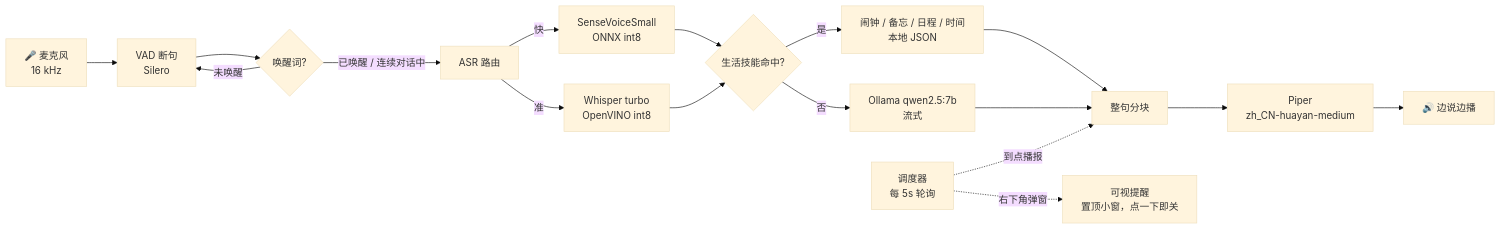
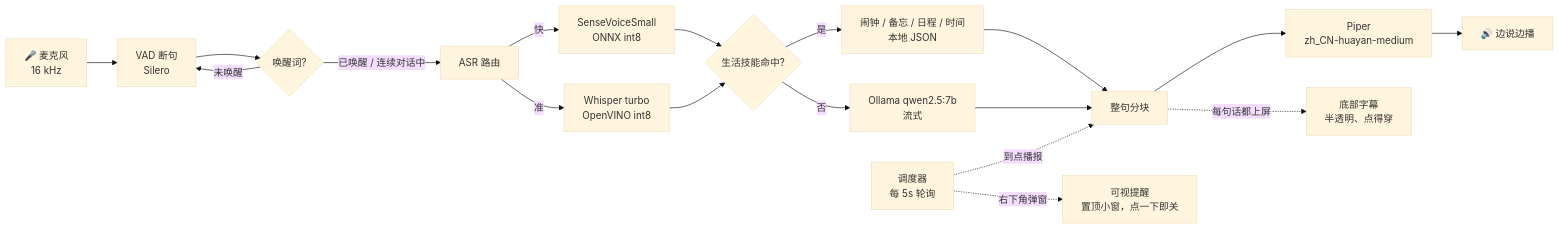
One commit to Azurwolf1024/local_assistant changed the diagram in README.md. Above: the diagram before and after it, drawn with Mermaid (base theme). The commit also changed other lines of this file and 9 other files, not shown here.

````diff
--- a/README.md
+++ b/README.md
@@ -14,20 +14,22 @@
 ```mermaid
 flowchart LR
     A["🎤 麦克风<br/>16 kHz"] --> B["VAD 断句<br/>Silero"]
     B --> C{"唤醒词?"}
     C -->|未唤醒| B
     C -->|已唤醒 / 连续对话中| D["ASR 路由"]
     D -->|快| E["SenseVoiceSmall<br/>ONNX int8"]
     D -->|准| F["Whisper turbo<br/>OpenVINO int8"]
     E --> G{"生活技能命中?"}
     F --> G
     G -->|是| H["闹钟 / 备忘 / 日程 / 时间<br/>本地 JSON"]
     G -->|否| I["Ollama qwen2.5:7b<br/>流式"]
     H --> J["整句分块"]
     I --> J
     J --> K["Piper<br/>zh_CN-huayan-medium"]
     K --> L["🔊 边说边播"]
 
     M["调度器<br/>每 5s 轮询"] -. 到点播报 .-> J
     M -. 右下角弹窗 .-> N["可视提醒<br/>置顶小窗，点一下即关"]
+
+    J -. 每句话都上屏 .-> O["底部字幕<br/>半透明、点得穿"]
 ```
````
